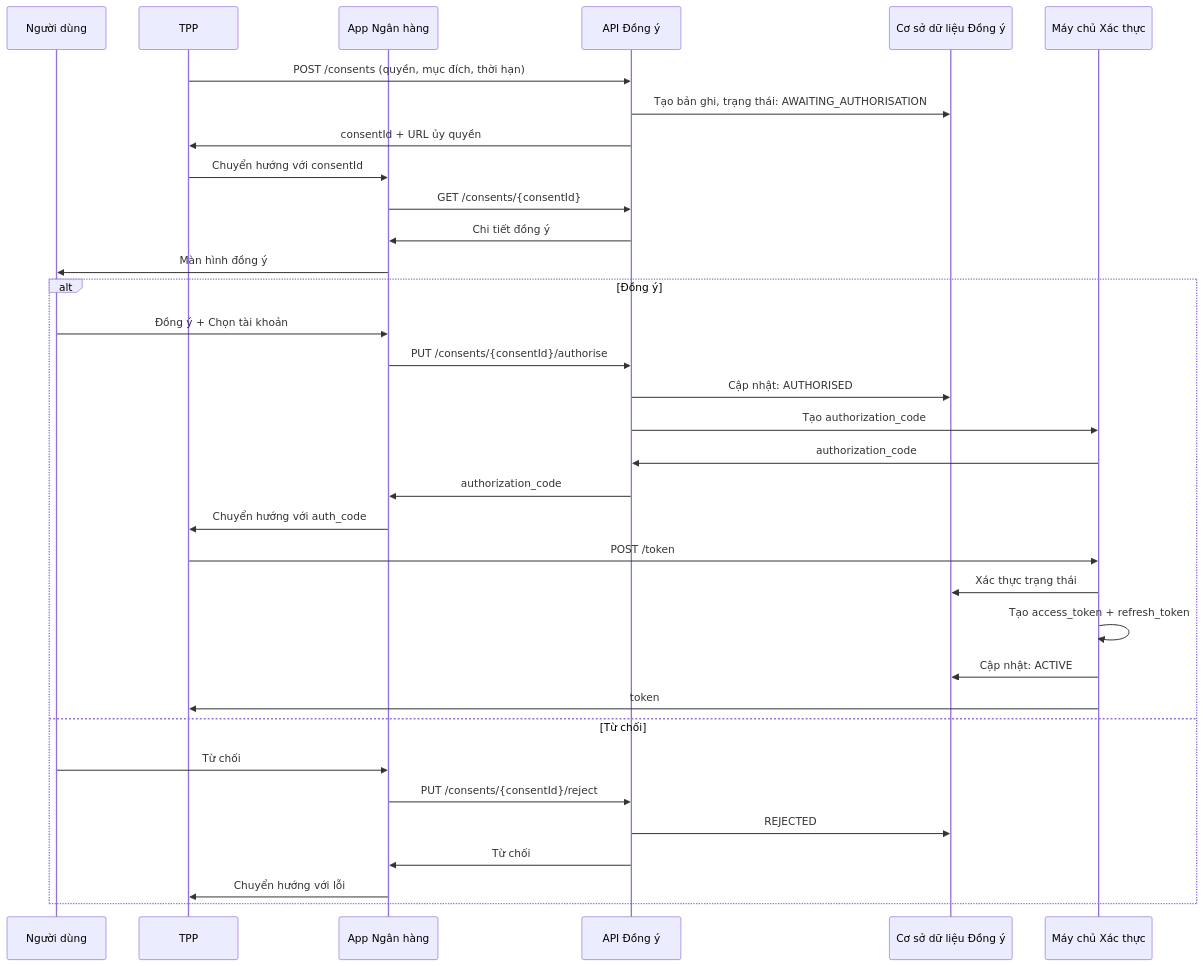
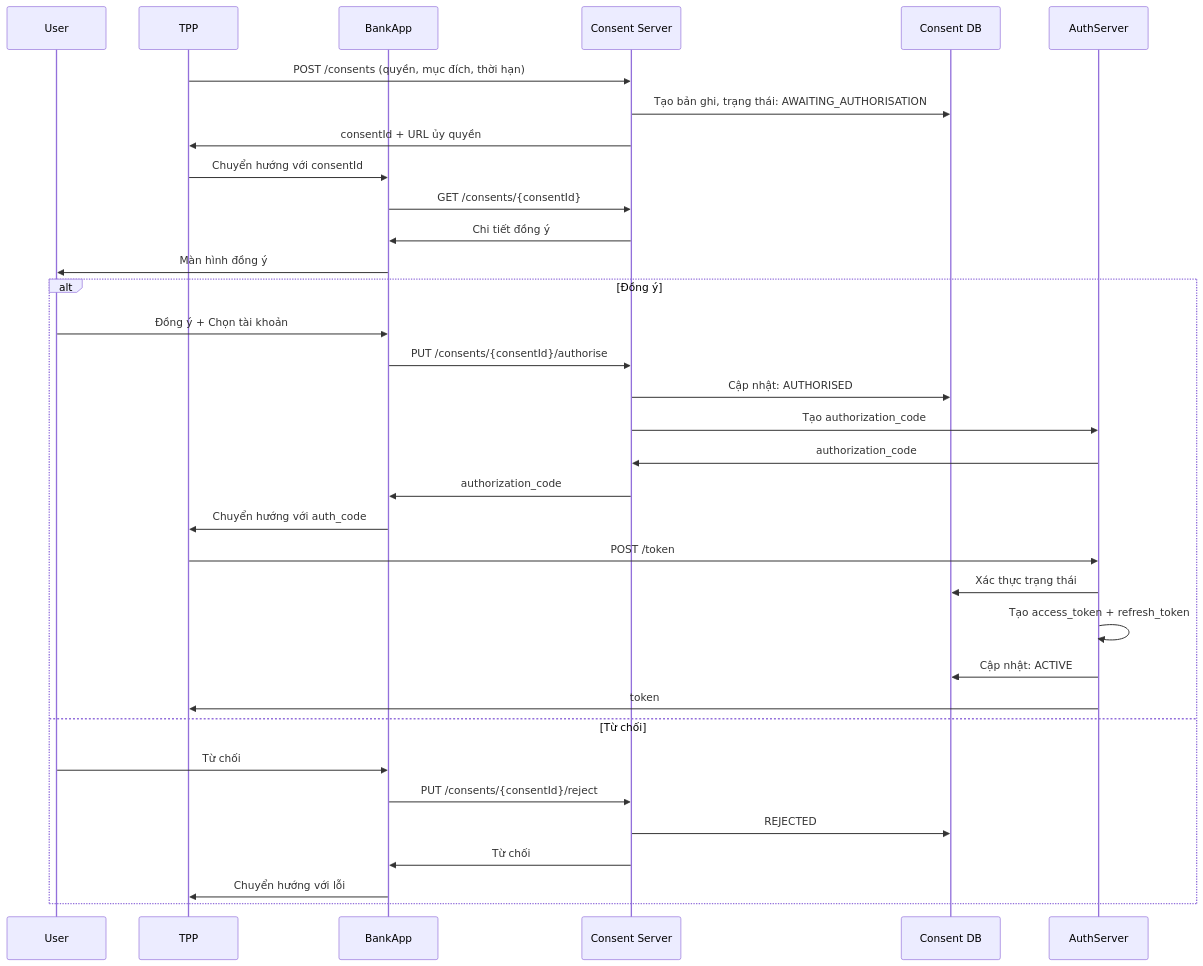
The third of 4 diagrams in 02-Bao-mat-va-Xac-thuc-new.md (huuhoait/openbanking-vn-specs), drawn with Mermaid before and after one commit. The commit also changed other lines of this file, not shown here.

````diff
--- a/02-Bao-mat-va-Xac-thuc-new.md
+++ b/02-Bao-mat-va-Xac-thuc-new.md
@@ -211,42 +211,42 @@
 ```mermaid
 sequenceDiagram
-    participant User as Người dùng
+    participant User as User
     participant TPP as TPP
-    participant BankApp as App Ngân hàng
-    participant ConsentAPI as API Đồng ý
-    participant ConsentDB as Cơ sở dữ liệu Đồng ý
-    participant AuthServer as Máy chủ Xác thực
+    participant BankApp as BankApp
+    participant ConsentAPI as Consent Server
+    participant ConsentDB as Consent DB
+    participant AuthServer as AuthServer
     
     TPP->>ConsentAPI: POST /consents (quyền, mục đích, thời hạn)
     ConsentAPI->>ConsentDB: Tạo bản ghi, trạng thái: AWAITING_AUTHORISATION
     ConsentAPI->>TPP: consentId + URL ủy quyền
     
     TPP->>BankApp: Chuyển hướng với consentId
     BankApp->>ConsentAPI: GET /consents/{consentId}
     ConsentAPI->>BankApp: Chi tiết đồng ý
     
     BankApp->>User: Màn hình đồng ý
     
     alt Đồng ý
         User->>BankApp: Đồng ý + Chọn tài khoản
         BankApp->>ConsentAPI: PUT /consents/{consentId}/authorise
         ConsentAPI->>ConsentDB: Cập nhật: AUTHORISED
         ConsentAPI->>AuthServer: Tạo authorization_code
         AuthServer->>ConsentAPI: authorization_code
         ConsentAPI->>BankApp: authorization_code
         BankApp->>TPP: Chuyển hướng với auth_code
         
         TPP->>AuthServer: POST /token
         AuthServer->>ConsentDB: Xác thực trạng thái
         AuthServer->>AuthServer: Tạo access_token + refresh_token
         AuthServer->>ConsentDB: Cập nhật: ACTIVE
         AuthServer->>TPP: token
         
     else Từ chối
         User->>BankApp: Từ chối
         BankApp->>ConsentAPI: PUT /consents/{consentId}/reject
         ConsentAPI->>ConsentDB: REJECTED
         ConsentAPI->>BankApp: Từ chối
         BankApp->>TPP: Chuyển hướng với lỗi
     end
 ```
````
